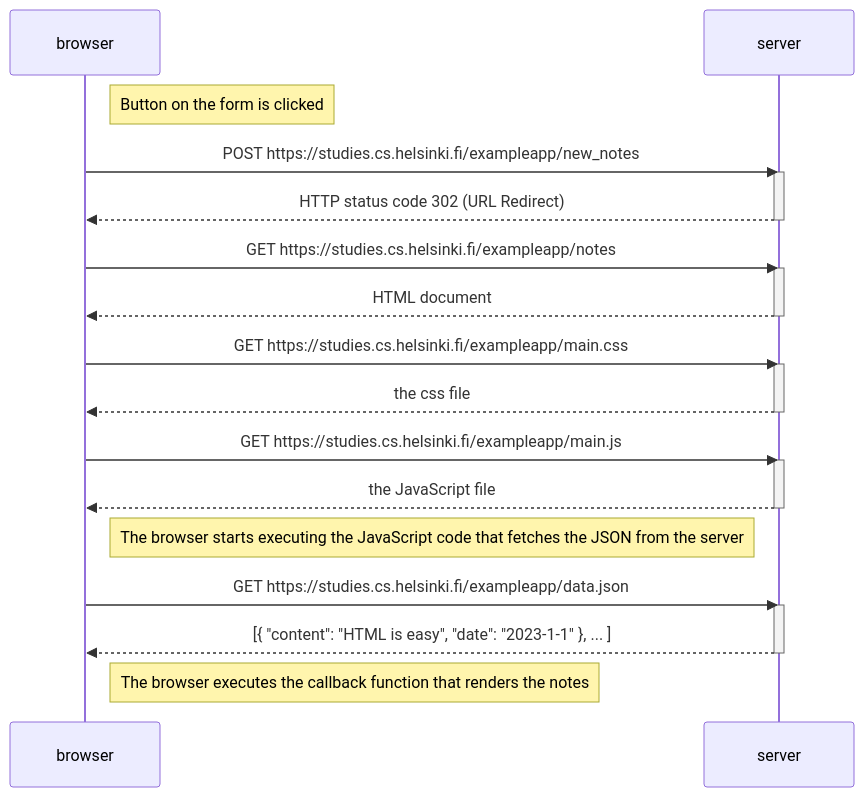
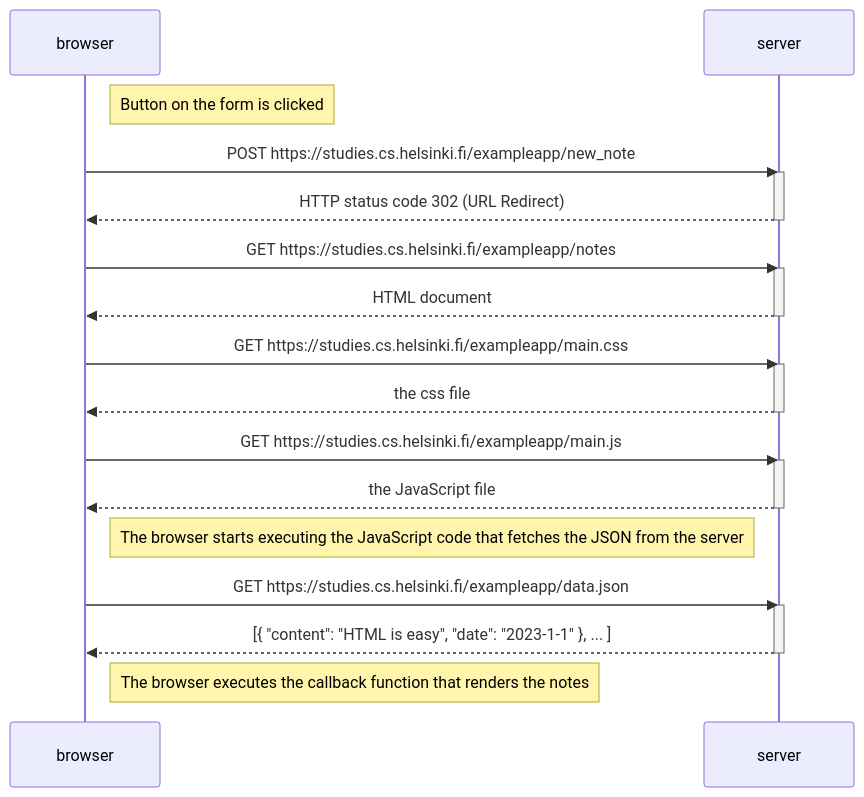
One commit to 22akmal/fullstack-open changed the diagram in part0/newNote.md. Above: the diagram before and after it, drawn with Mermaid.

Commit message:
change https://studies.cs.helsinki.fi/exampleapp/new_notes into https://studies.cs.helsinki.fi/exampleapp/new_note

````diff
--- a/part0/newNote.md
+++ b/part0/newNote.md
@@ -1,36 +1,36 @@
 ```mermaid
 sequenceDiagram
     participant browser
     participant server
 
     Note right of browser: Button on the form is clicked
 
-    browser->>server: POST https://studies.cs.helsinki.fi/exampleapp/new_notes
+    browser->>server: POST https://studies.cs.helsinki.fi/exampleapp/new_note
     activate server
     server-->>browser: HTTP status code 302 (URL Redirect)
     deactivate server
 
     browser->>server: GET https://studies.cs.helsinki.fi/exampleapp/notes
     activate server
     server-->>browser: HTML document
     deactivate server
 
     browser->>server: GET https://studies.cs.helsinki.fi/exampleapp/main.css
     activate server
     server-->>browser: the css file
     deactivate server
 
     browser->>server: GET https://studies.cs.helsinki.fi/exampleapp/main.js
     activate server
     server-->>browser: the JavaScript file
     deactivate server
 
     Note right of browser: The browser starts executing the JavaScript code that fetches the JSON from the server
 
     browser->>server: GET https://studies.cs.helsinki.fi/exampleapp/data.json
     activate server
     server-->>browser: [{ "content": "HTML is easy", "date": "2023-1-1" }, ... ]
     deactivate server
 
     Note right of browser: The browser executes the callback function that renders the notes
 ```
````
